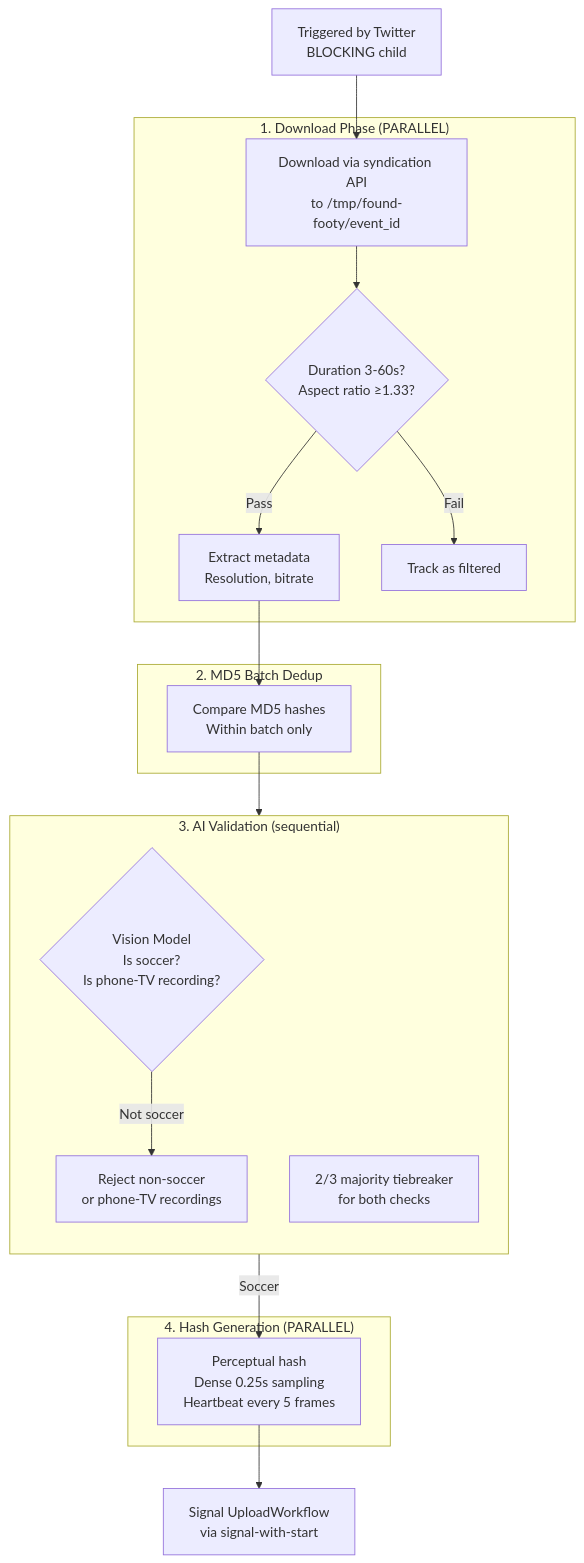
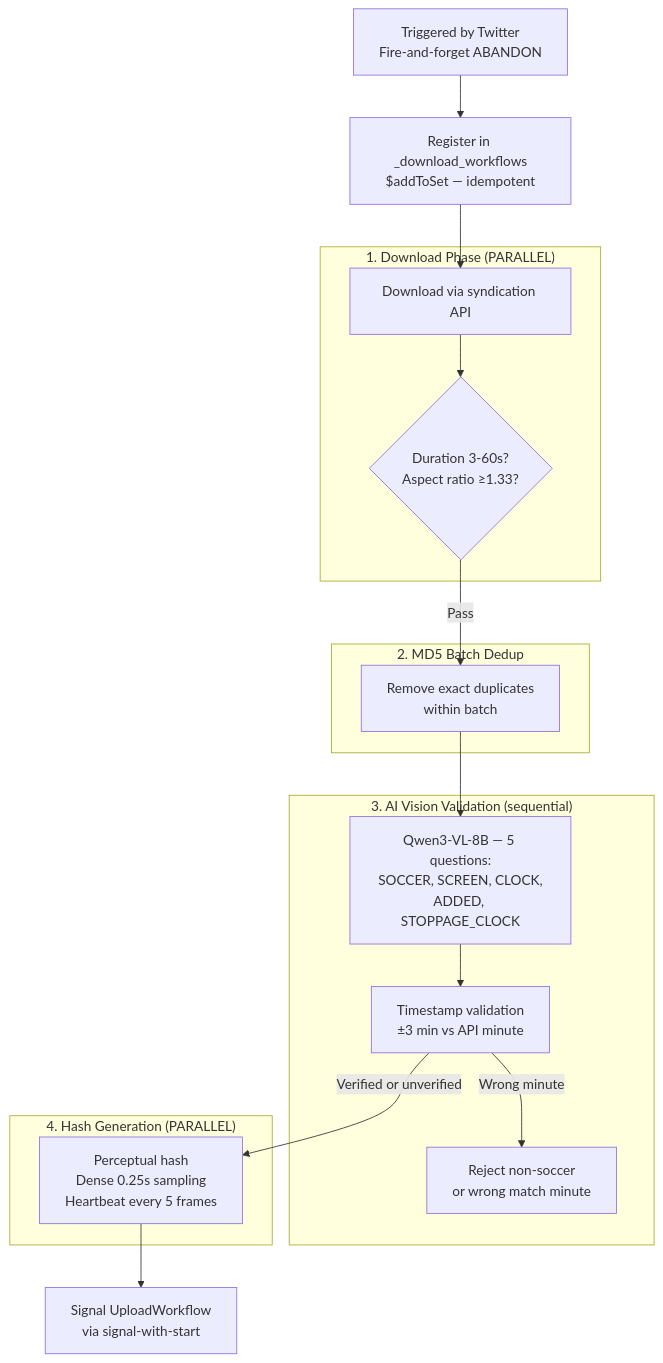
One commit to vedantadhobley/found-footy changed diagram 13 of 14 in README.md. Above: the diagram before and after it, drawn with Mermaid. The commit also changed other lines of this file and 5 other files, not shown here.

````diff
--- a/README.md
+++ b/README.md
@@ -713,37 +663,35 @@
 ```mermaid
 flowchart TB
-    TRIGGER[Triggered by Twitter<br/>BLOCKING child]
+    TRIGGER[Triggered by Twitter<br/>Fire-and-forget ABANDON]
+    
+    REG[Register in _download_workflows<br/>$addToSet — idempotent]
     
     subgraph DOWNLOAD["1. Download Phase (PARALLEL)"]
-        DL[Download via syndication API<br/>to /tmp/found-footy/event_id]
+        DL[Download via syndication API]
         FILTER{Duration 3-60s?<br/>Aspect ratio ≥1.33?}
-        META[Extract metadata<br/>Resolution, bitrate]
-        FILTERED[Track as filtered]
     end
     
     subgraph DEDUP1["2. MD5 Batch Dedup"]
-        MD5[Compare MD5 hashes<br/>Within batch only]
+        MD5[Remove exact duplicates<br/>within batch]
     end
     
-    subgraph VALIDATE["3. AI Validation (sequential)"]
-        AI{Vision Model<br/>Is soccer?<br/>Is phone-TV recording?}
-        REJECT[Reject non-soccer<br/>or phone-TV recordings]
-        direction TB
-        NOTE[2/3 majority tiebreaker<br/>for both checks]
+    subgraph VALIDATE["3. AI Vision Validation (sequential)"]
+        AI["Qwen3-VL-8B — 5 questions:<br/>SOCCER, SCREEN, CLOCK,<br/>ADDED, STOPPAGE_CLOCK"]
+        TIMESTAMP["Timestamp validation<br/>±3 min vs API minute"]
+        REJECT[Reject non-soccer<br/>or wrong match minute]
     end
     
     subgraph HASH["4. Hash Generation (PARALLEL)"]
         PHASH[Perceptual hash<br/>Dense 0.25s sampling<br/>Heartbeat every 5 frames]
     end
     
     UPLOAD[Signal UploadWorkflow<br/>via signal-with-start]
     
-    TRIGGER --> DL
+    TRIGGER --> REG --> DL
     DL --> FILTER
-    FILTER -->|Pass| META --> MD5
-    FILTER -->|Fail| FILTERED
-    MD5 --> AI
-    AI -->|Soccer| PHASH
-    AI -->|Not soccer| REJECT
+    FILTER -->|Pass| MD5
+    MD5 --> AI --> TIMESTAMP
+    TIMESTAMP -->|Verified or unverified| PHASH
+    TIMESTAMP -->|Wrong minute| REJECT
     PHASH --> UPLOAD
 ```
````
